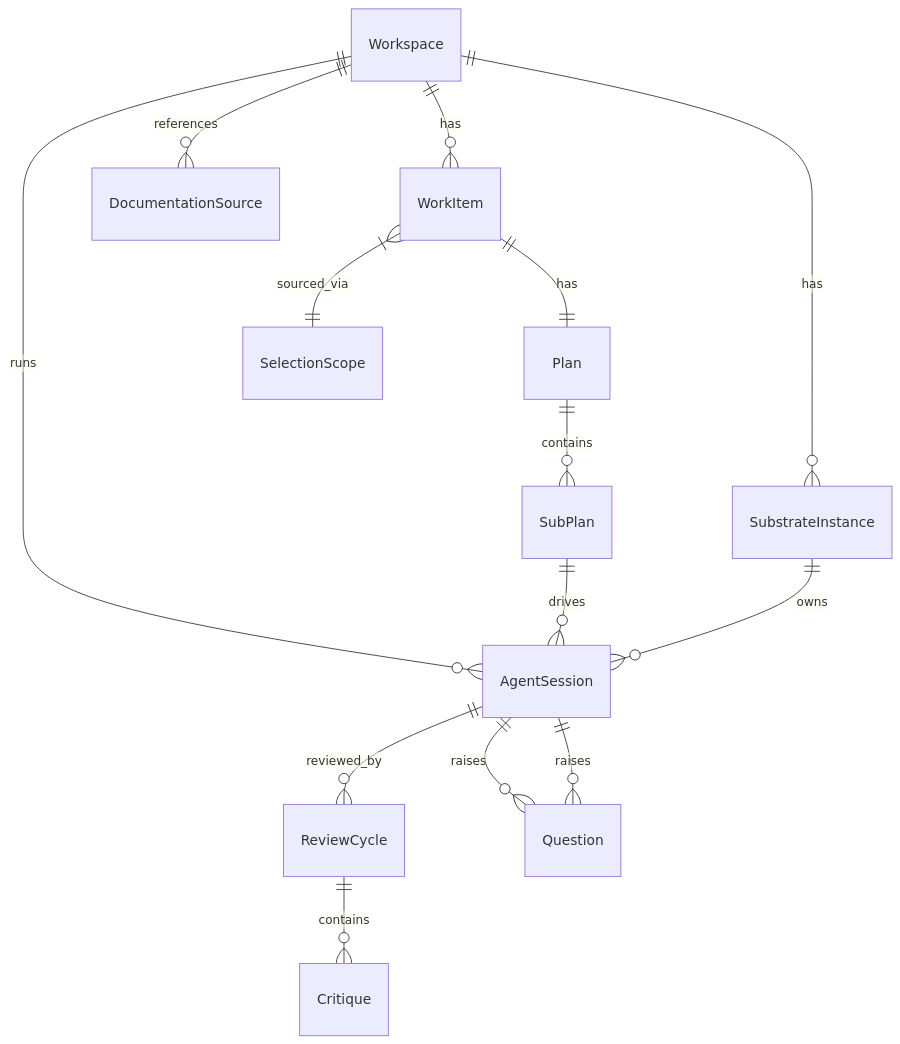
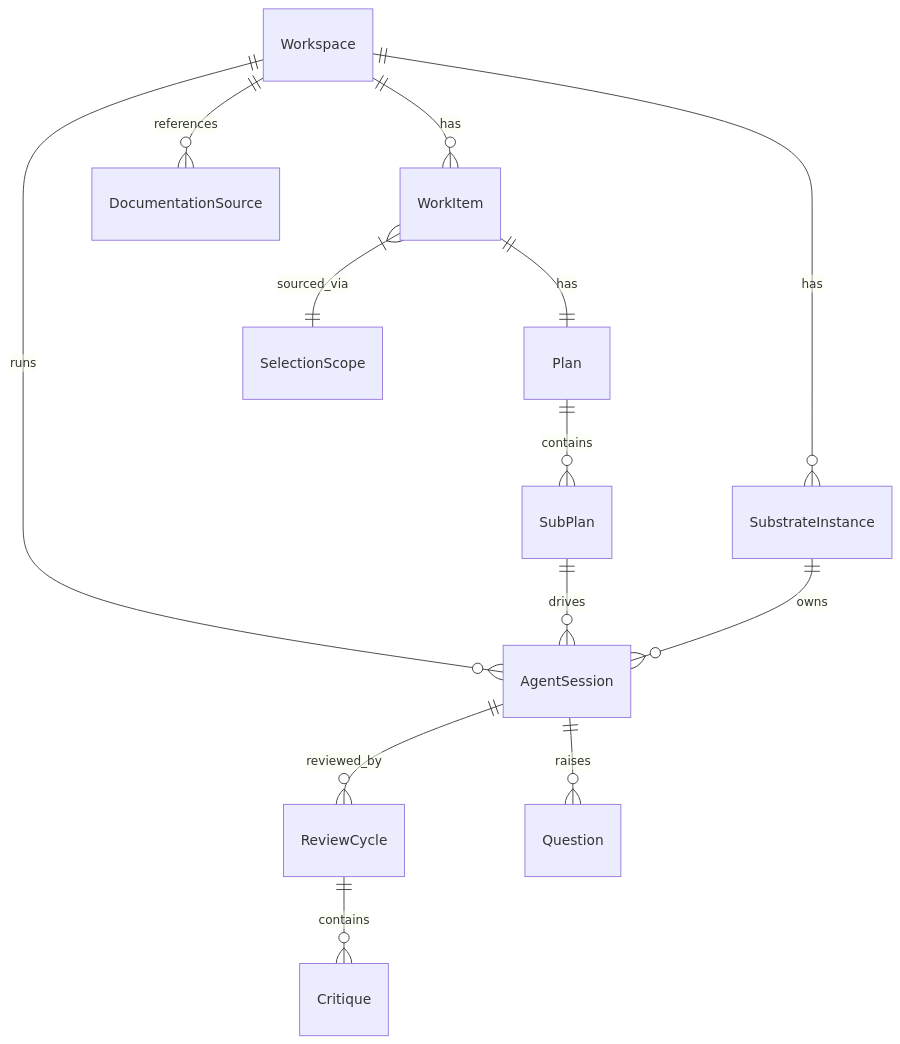
The third of 3 diagrams in docs/01-domain-model.md (beeemT/substrate), drawn with Mermaid before and after one commit. The commit also changed other lines of this file and 29 other files, not shown here.

````diff
--- a/docs/01-domain-model.md
+++ b/docs/01-domain-model.md
@@ -441,16 +462,15 @@
 ```mermaid
 erDiagram
     Workspace ||--o{ WorkItem : has
     WorkItem ||--|| Plan : has
     WorkItem }|--|| SelectionScope : sourced_via
     Plan ||--o{ SubPlan : contains
     Workspace ||--o{ AgentSession : runs
 	SubPlan ||--o{ AgentSession : drives
     AgentSession ||--o{ ReviewCycle : reviewed_by
     ReviewCycle ||--o{ Critique : contains
     AgentSession ||--o{ Question : raises
-    AgentSession ||--o{ Question : raises
     Workspace ||--o{ DocumentationSource : references
     Workspace ||--o{ SubstrateInstance : has
     SubstrateInstance ||--o{ AgentSession : owns
 ```
````
